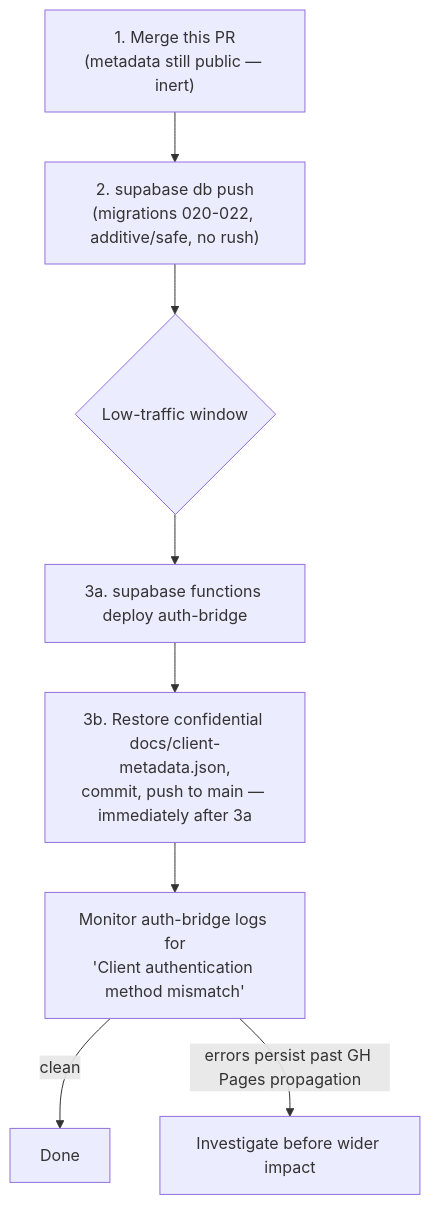
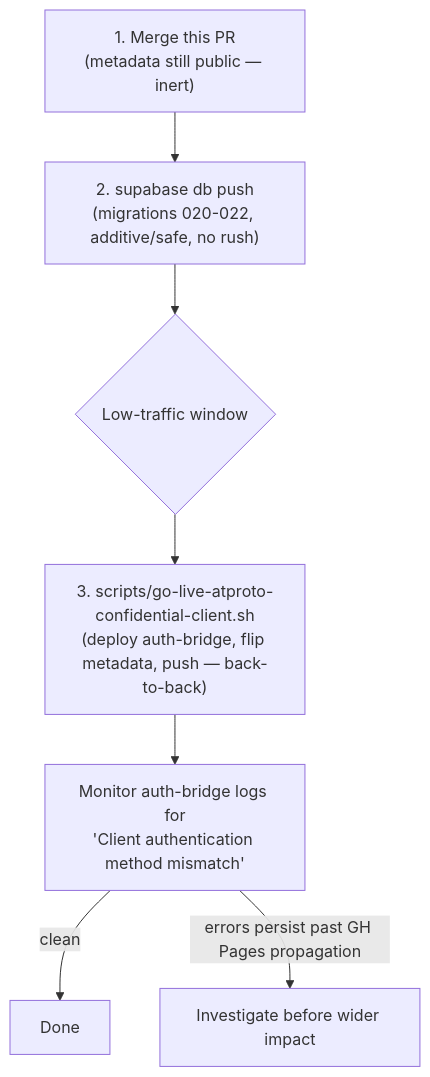
One commit to fettstorch/mustard changed the third of 3 diagrams in specs/atproto-auth/sketch.md. Above: the diagram before and after it, drawn with Mermaid. The commit also changed other lines of this file and 3 other files, not shown here.

First line of the commit message:
chore(auth): add go-live script + inert confidential-metadata sibling file

````diff
--- a/specs/atproto-auth/sketch.md
+++ b/specs/atproto-auth/sketch.md
@@ -202,10 +202,9 @@
 ```mermaid
 flowchart TD
     A["1. Merge this PR<br/>(metadata still public — inert)"] --> B["2. supabase db push<br/>(migrations 020-022, additive/safe, no rush)"]
     B --> C{"Low-traffic window"}
-    C --> D["3a. supabase functions deploy auth-bridge"]
-    D --> E["3b. Restore confidential docs/client-metadata.json,<br/>commit, push to main — immediately after 3a"]
-    E --> F["Monitor auth-bridge logs for<br/>'Client authentication method mismatch'"]
+    C --> D["3. scripts/go-live-atproto-confidential-client.sh<br/>(deploy auth-bridge, flip metadata, push — back-to-back)"]
+    D --> F["Monitor auth-bridge logs for<br/>'Client authentication method mismatch'"]
     F -->|clean| G[Done]
     F -->|errors persist past GH Pages propagation| H[Investigate before wider impact]
 ```
````
